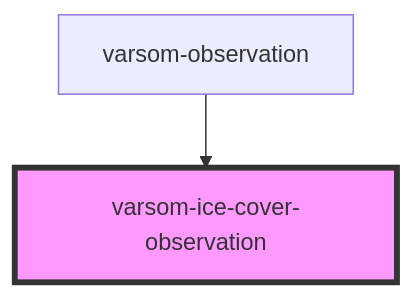
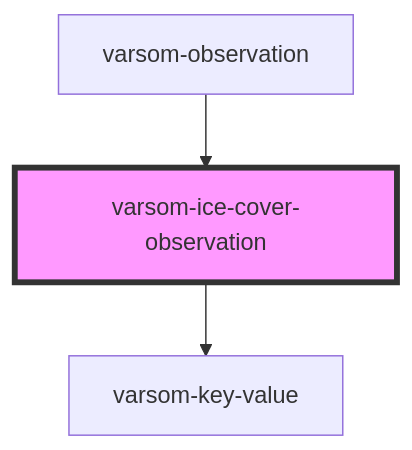
The diagram in observasjonskort/src/components/varsom-ice-cover-observation/readme.md (NVE/varsom-observation), drawn with Mermaid before and after one commit. The commit also changed other lines of this file and 4 other files, not shown here.

Commit message:
ice cover component

````diff
--- a/observasjonskort/src/components/varsom-ice-cover-observation/readme.md
+++ b/observasjonskort/src/components/varsom-ice-cover-observation/readme.md
@@ -33,5 +37,6 @@
 ```mermaid
 graph TD;
+  varsom-ice-cover-observation --> varsom-key-value
   varsom-observation --> varsom-ice-cover-observation
   style varsom-ice-cover-observation fill:#f9f,stroke:#333,stroke-width:4px
 ```
````
